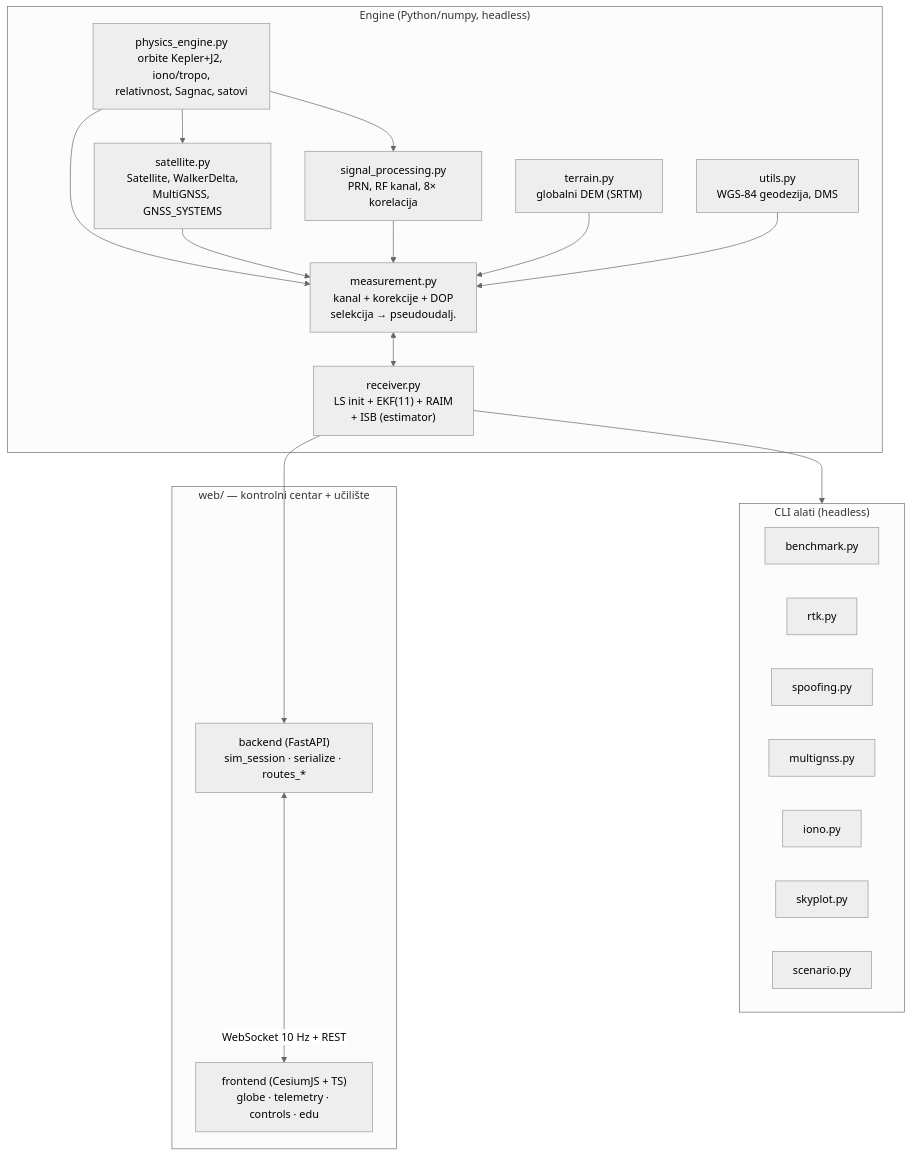
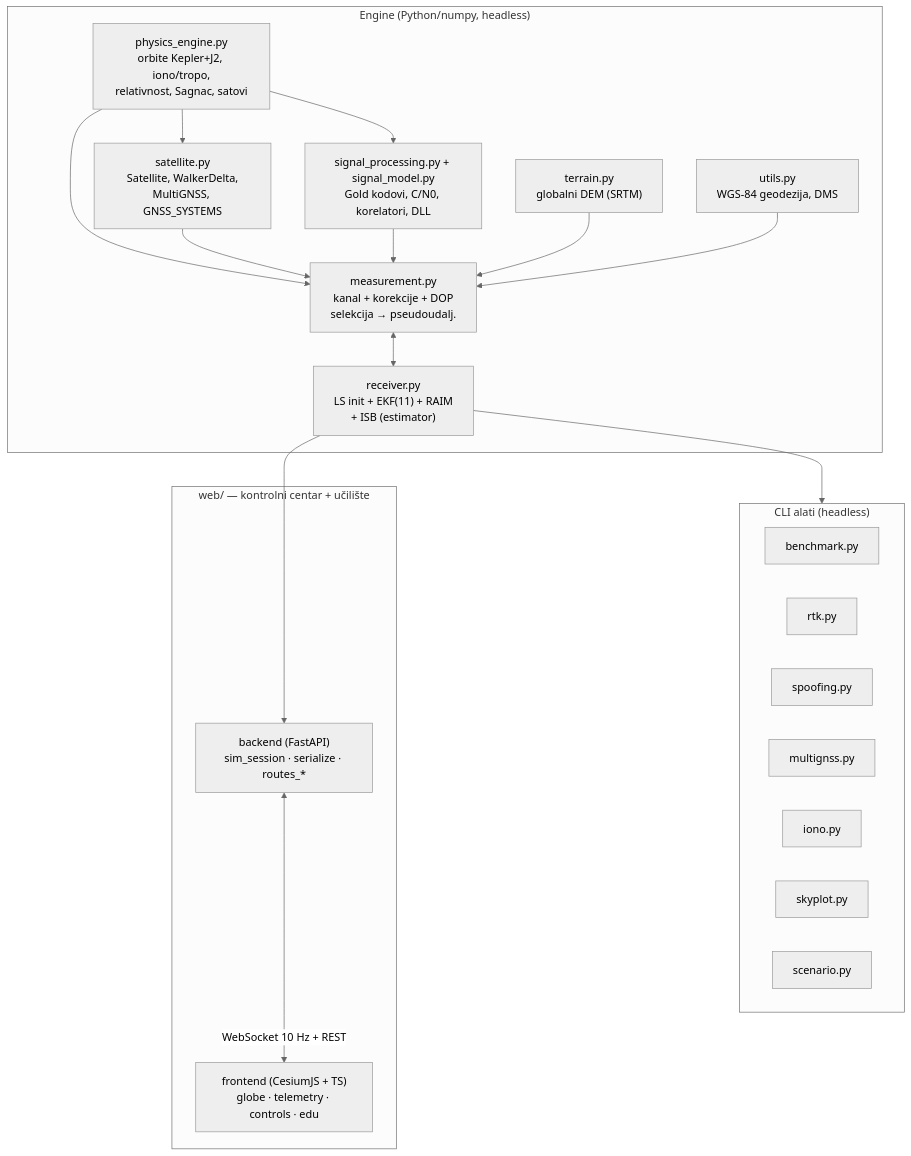
One commit to dodozg/gps-simulator-3d changed the first of 4 diagrams in GPS_Simulator_Documentation.md. Above: the diagram before and after it, drawn with Mermaid (neutral theme). The commit also changed other lines of this file and 2 other files, not shown here.

Commit message:
docs: signalni model (§5.1, §5.2, §5.3, §5.4), §8 i §10 stavka 2, README

````diff
--- a/GPS_Simulator_Documentation.md
+++ b/GPS_Simulator_Documentation.md
@@ -40,39 +40,39 @@
 ```mermaid
 flowchart TB
     subgraph ENGINE["Engine (Python/numpy, headless)"]
         PE["physics_engine.py<br/>orbite Kepler+J2, iono/tropo,<br/>relativnost, Sagnac, satovi"]
         SAT["satellite.py<br/>Satellite, WalkerDelta,<br/>MultiGNSS, GNSS_SYSTEMS"]
-        SP["signal_processing.py<br/>PRN, RF kanal, 8× korelacija"]
+        SP["signal_processing.py + signal_model.py<br/>Gold kodovi, C/N0, korelatori, DLL"]
         TER["terrain.py<br/>globalni DEM (SRTM)"]
         MEAS["measurement.py<br/>kanal + korekcije + DOP<br/>selekcija → pseudoudalj."]
         RX["receiver.py<br/>LS init + EKF(11) + RAIM<br/>+ ISB (estimator)"]
         UT["utils.py<br/>WGS-84 geodezija, DMS"]
         PE --> SAT
         PE --> SP
         PE --> MEAS
         SAT --> MEAS
         SP --> MEAS
         TER --> MEAS
         UT --> MEAS
         MEAS <--> RX
     end
 
     subgraph TOOLS["CLI alati (headless)"]
         BM["benchmark.py"]
         RTK["rtk.py"]
         SPOOF["spoofing.py"]
         MG["multignss.py"]
         ION["iono.py"]
         SKY["skyplot.py"]
         SCN["scenario.py"]
     end
 
     subgraph WEB["web/ — kontrolni centar + učilište"]
         BE["backend (FastAPI)<br/>sim_session · serialize · routes_*"]
         FE["frontend (CesiumJS + TS)<br/>globe · telemetry · controls · edu"]
         BE <-->|"WebSocket 10 Hz + REST"| FE
     end
 
     RX --> TOOLS
     RX --> BE
 ```
````
